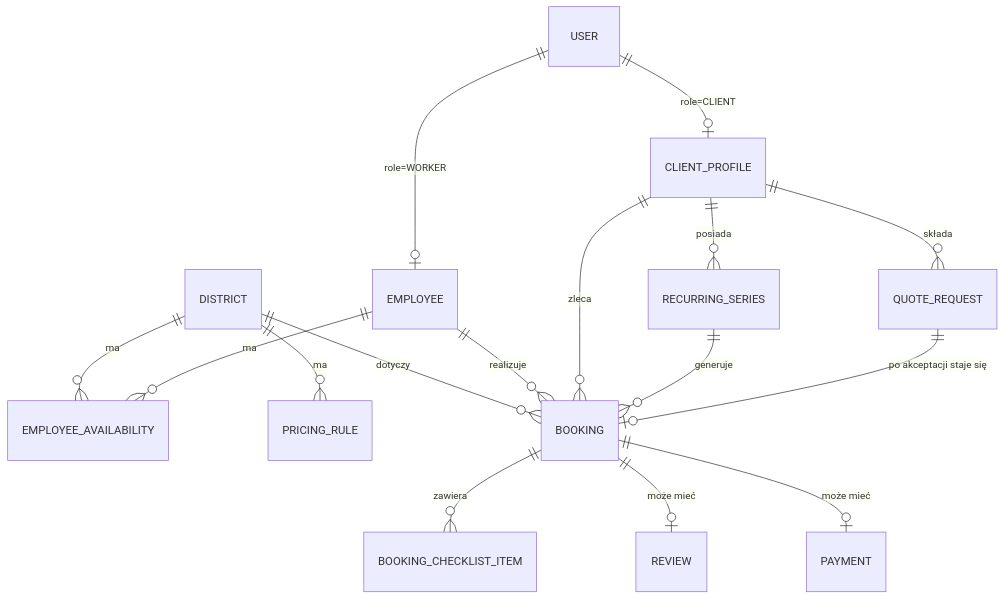
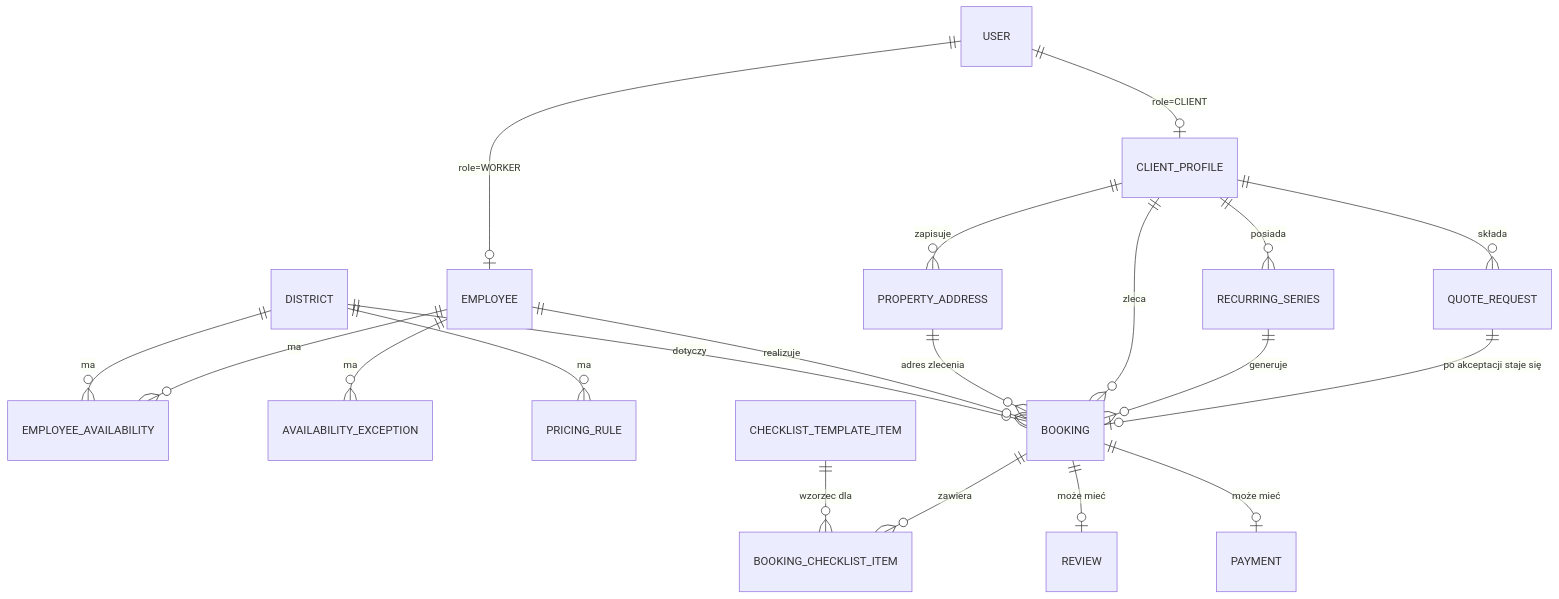
The diagram in ARCHITEKTURA.md (WojciechKolakowski/system_rezerwacji), drawn with Mermaid before and after one commit. The commit also changed other lines of this file, not shown here.

Commit message:
Resolve business-rule questions: pricing, cancellation, checklist, addresses, availability exceptions

````diff
--- a/ARCHITEKTURA.md
+++ b/ARCHITEKTURA.md
@@ -32,18 +32,22 @@
 ```mermaid
 erDiagram
     USER ||--o| CLIENT_PROFILE : "role=CLIENT"
     USER ||--o| EMPLOYEE : "role=WORKER"
+    CLIENT_PROFILE ||--o{ PROPERTY_ADDRESS : "zapisuje"
     DISTRICT ||--o{ EMPLOYEE_AVAILABILITY : "ma"
     EMPLOYEE ||--o{ EMPLOYEE_AVAILABILITY : "ma"
+    EMPLOYEE ||--o{ AVAILABILITY_EXCEPTION : "ma"
     DISTRICT ||--o{ PRICING_RULE : "ma"
     DISTRICT ||--o{ BOOKING : "dotyczy"
     EMPLOYEE ||--o{ BOOKING : "realizuje"
+    PROPERTY_ADDRESS ||--o{ BOOKING : "adres zlecenia"
     CLIENT_PROFILE ||--o{ BOOKING : "zleca"
     CLIENT_PROFILE ||--o{ RECURRING_SERIES : "posiada"
     RECURRING_SERIES ||--o{ BOOKING : "generuje"
+    CHECKLIST_TEMPLATE_ITEM ||--o{ BOOKING_CHECKLIST_ITEM : "wzorzec dla"
     BOOKING ||--o{ BOOKING_CHECKLIST_ITEM : "zawiera"
     BOOKING ||--o| REVIEW : "może mieć"
     BOOKING ||--o| PAYMENT : "może mieć"
     QUOTE_REQUEST ||--o| BOOKING : "po akceptacji staje się"
     CLIENT_PROFILE ||--o{ QUOTE_REQUEST : "składa"
 ```
````
